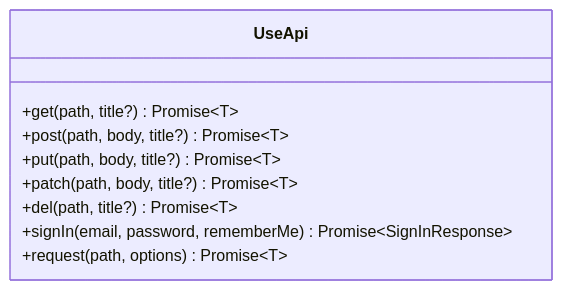
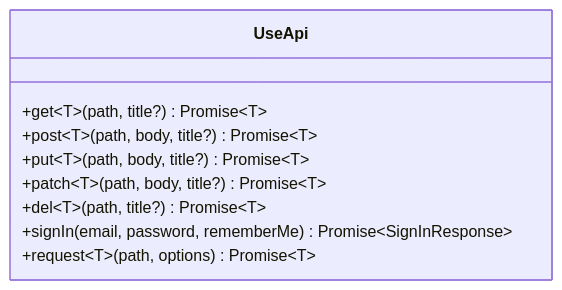
Before and after one commit to Lazynerd-Studios/lacarte-atlas-console: the third of 8 diagrams in .qoder/repowiki/en/content/Architecture & Design/API Integration & Communication.md, drawn with Mermaid. The commit also changed other lines of this file and 14 other files, not shown here.

````diff
--- a/.qoder/repowiki/en/content/Architecture & Design/API Integration & Communication.md
+++ b/.qoder/repowiki/en/content/Architecture & Design/API Integration & Communication.md
@@ -183,12 +226,12 @@
 ```mermaid
 classDiagram
 class UseApi {
-+get(path, title?) Promise~T~
-+post(path, body, title?) Promise~T~
-+put(path, body, title?) Promise~T~
-+patch(path, body, title?) Promise~T~
-+del(path, title?) Promise~T~
++get~T~(path, title?) Promise~T~
++post~T~(path, body, title?) Promise~T~
++put~T~(path, body, title?) Promise~T~
++patch~T~(path, body, title?) Promise~T~
++del~T~(path, title?) Promise~T~
 +signIn(email, password, rememberMe) Promise~SignInResponse~
-+request(path, options) Promise~T~
++request~T~(path, options) Promise~T~
 }
 ```
````
